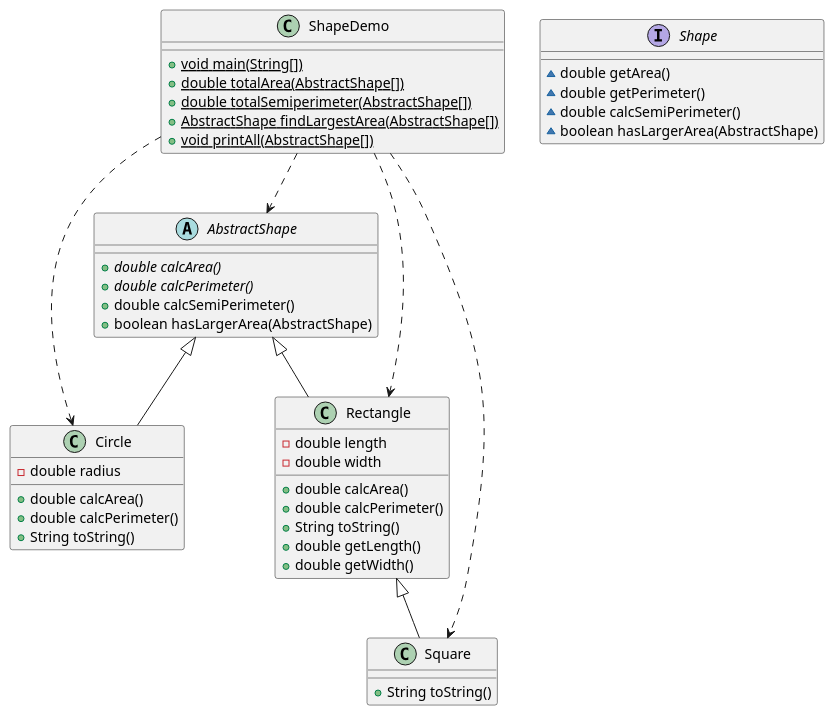
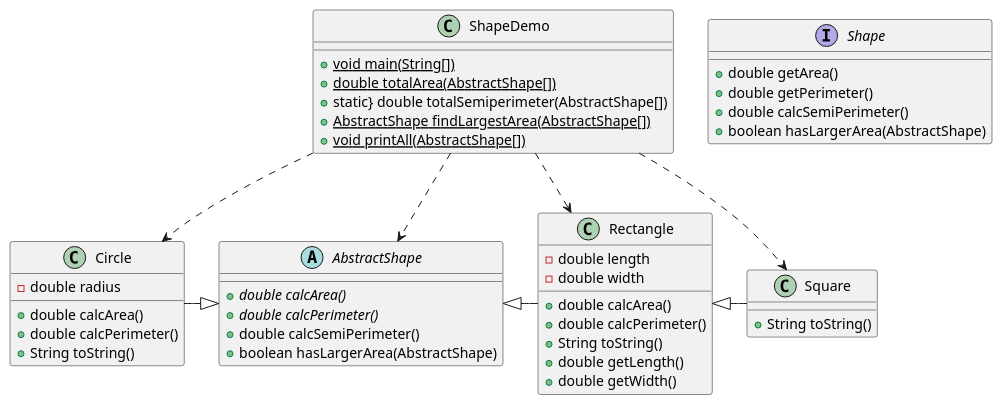
The diagram in ClassMaterials/AbstractClasses/SourceCode/PracticeAbstractClasses/src/shapes/ShapeDesign.puml (rhit-pagvams/csse220), drawn with PlantUML before and after one commit. The commit also changed 1 other file, not shown here.

Commit message:
Add slide for shapes demo in AbstractClasses

```diff
--- a/ClassMaterials/AbstractClasses/SourceCode/PracticeAbstractClasses/src/shapes/ShapeDesign.puml
+++ b/ClassMaterials/AbstractClasses/SourceCode/PracticeAbstractClasses/src/shapes/ShapeDesign.puml
@@ -1,56 +1,53 @@
 @startuml
 class Circle {
-- double radius
-+ double calcArea()
-+ double calcPerimeter()
-+ String toString()
+-double radius
++double calcArea()
++double calcPerimeter()
++String toString()
 }
 
 abstract class AbstractShape {
-+ {abstract}double calcArea()
-+ {abstract}double calcPerimeter()
-+ double calcSemiPerimeter()
-+ boolean hasLargerArea(AbstractShape)
++{abstract}double calcArea()
++{abstract}double calcPerimeter()
++double calcSemiPerimeter()
++boolean hasLargerArea(AbstractShape)
 }
 
 interface Shape {
-~ double getArea()
-~ double getPerimeter()
-~ double calcSemiPerimeter()
-~ boolean hasLargerArea(AbstractShape)
++double getArea()
++double getPerimeter()
++double calcSemiPerimeter()
++boolean hasLargerArea(AbstractShape)
 }
 
 class ShapeDemo {
-+ {static} void main(String[])
-+ {static} double totalArea(AbstractShape[])
-+ {static} double totalSemiperimeter(AbstractShape[])
-+ {static} AbstractShape findLargestArea(AbstractShape[])
-+ {static} void printAll(AbstractShape[])
++{static} void main(String[])
++{static} double totalArea(AbstractShape[])
++static} double totalSemiperimeter(AbstractShape[])
++{static} AbstractShape findLargestArea(AbstractShape[])
++{static} void printAll(AbstractShape[])
 }
 
 class Rectangle {
 - double length
 - double width
 + double calcArea()
 + double calcPerimeter()
 + String toString()
 + double getLength()
 + double getWidth()
 }
 
-
 class Square {
 + String toString()
 }
 
-
-
-AbstractShape <|-- Circle
-AbstractShape <|-- Rectangle
-Rectangle <|-- Square
+Circle -right-|> AbstractShape
+Rectangle -left-|> AbstractShape
+Rectangle <|-right- Square
 
 ShapeDemo ..> AbstractShape
 ShapeDemo ..> Rectangle
 ShapeDemo ..> Circle
 ShapeDemo ..> Square
 @enduml
```
